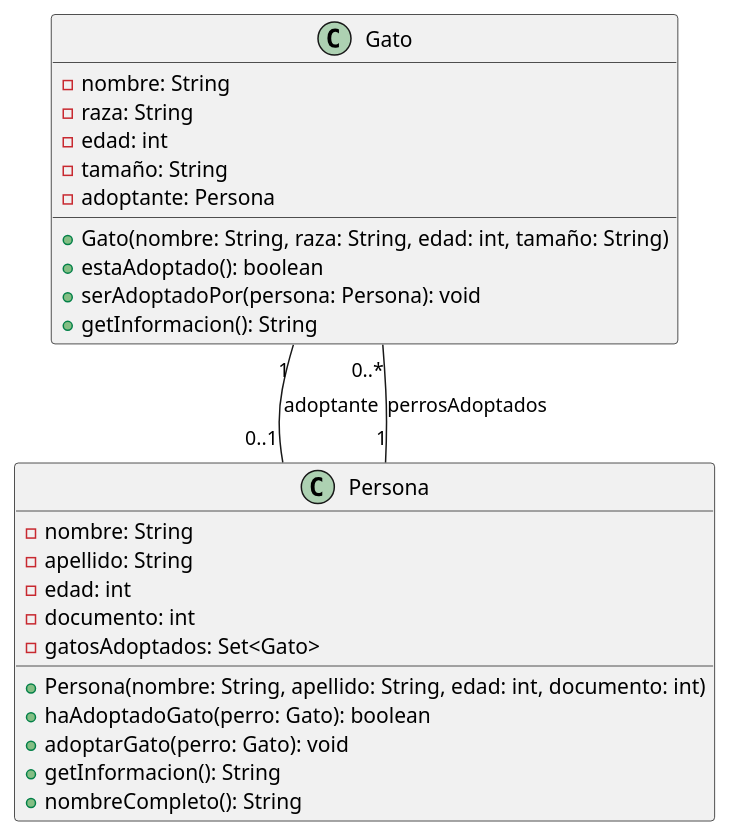
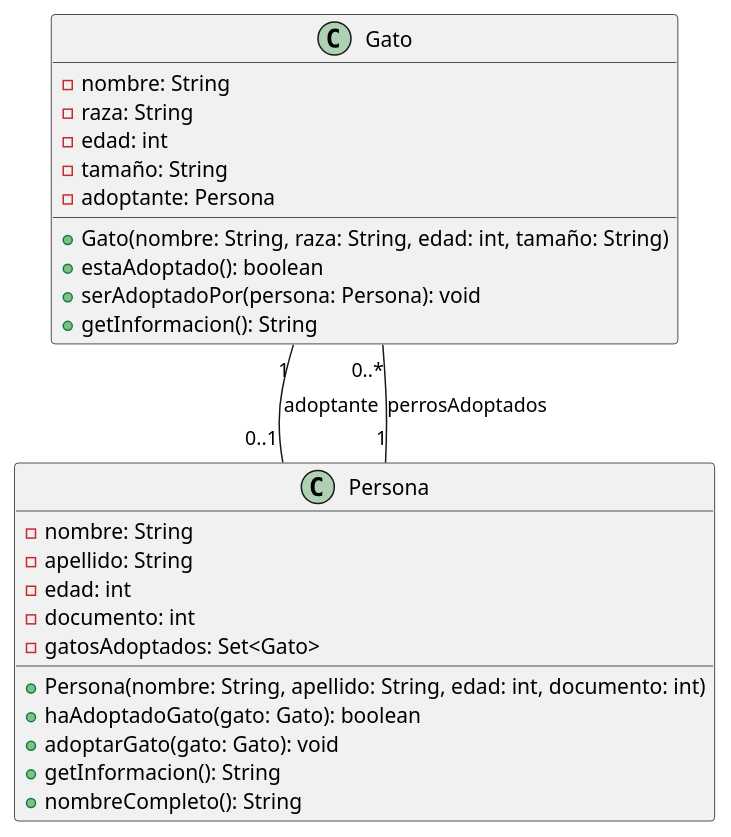
The diagram in EGGJavaRelaciones/EjercicioExtra01/src/main/java/org/example/Extra01UML.puml (CarlosRetamozoPinatti/EGG_QA_Curso), drawn with PlantUML before and after one commit. The commit also changed 4 other files, not shown here.

```diff
--- a/EGGJavaRelaciones/EjercicioExtra01/src/main/java/org/example/Extra01UML.puml
+++ b/EGGJavaRelaciones/EjercicioExtra01/src/main/java/org/example/Extra01UML.puml
@@ -1,29 +1,29 @@
 @startuml
 class Gato {
     - nombre: String
     - raza: String
     - edad: int
     - tamaño: String
     - adoptante: Persona
     + Gato(nombre: String, raza: String, edad: int, tamaño: String)
     + estaAdoptado(): boolean
     + serAdoptadoPor(persona: Persona): void
     + getInformacion(): String
 }
 
 class Persona {
     - nombre: String
     - apellido: String
     - edad: int
     - documento: int
     - gatosAdoptados: Set<Gato>
     + Persona(nombre: String, apellido: String, edad: int, documento: int)
-    + haAdoptadoGato(perro: Gato): boolean
-    + adoptarGato(perro: Gato): void
+    + haAdoptadoGato(gato: Gato): boolean
+    + adoptarGato(gato: Gato): void
     + getInformacion(): String
     + nombreCompleto(): String
 }
 
 Gato "1" -- "0..1" Persona : adoptante
 Persona "1" -- "0..*" Gato : perrosAdoptados
 @enduml
```
